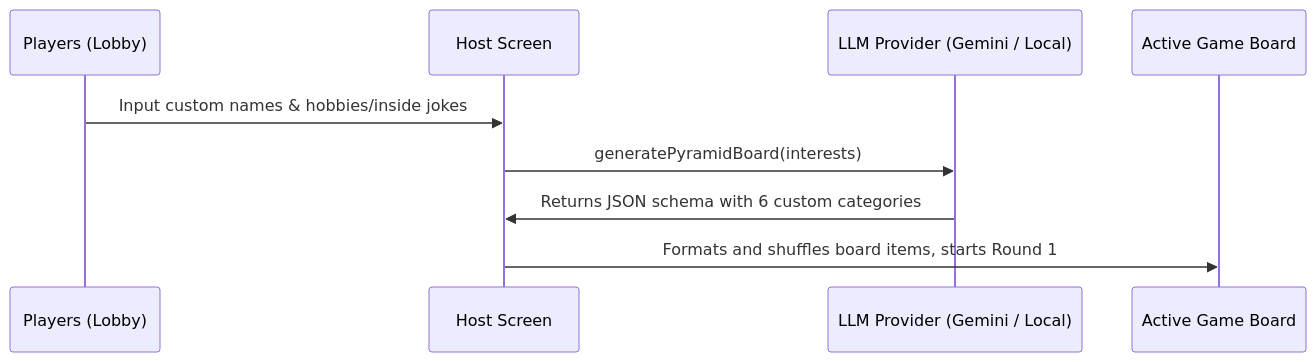
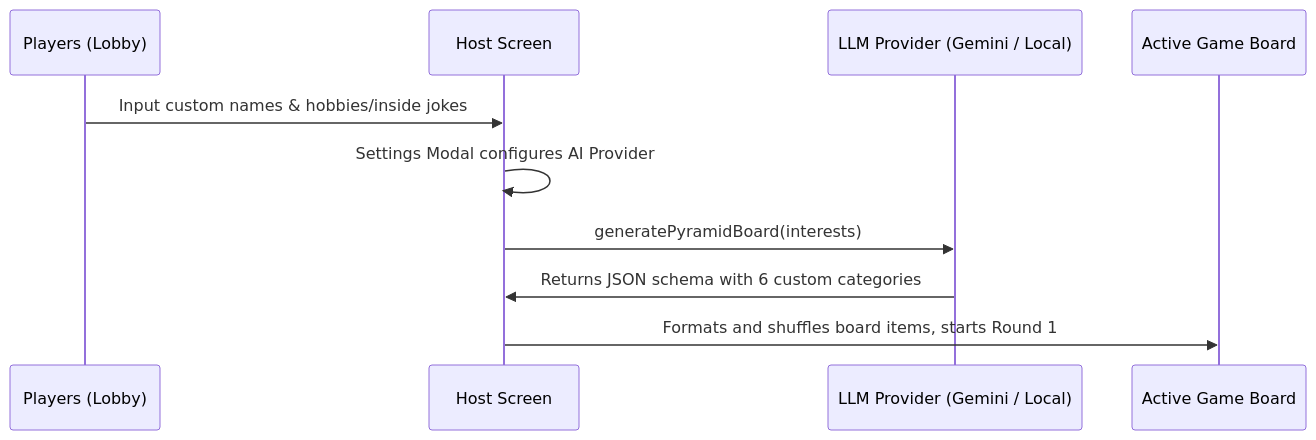
Before and after one commit to jjproductions/pyramid-2026: the diagram in docs/game-modes-and-ai.md, drawn with Mermaid. The commit also changed other lines of this file and 5 other files, not shown here.

````diff
--- a/docs/game-modes-and-ai.md
+++ b/docs/game-modes-and-ai.md
@@ -25,12 +31,13 @@
 ```mermaid
 sequenceDiagram
     participant User as Players (Lobby)
     participant Host as Host Screen
     participant AI as LLM Provider (Gemini / Local)
     participant Game as Active Game Board
 
     User->>Host: Input custom names & hobbies/inside jokes
+    Host->>Host: Settings Modal configures AI Provider
     Host->>AI: generatePyramidBoard(interests)
     AI->>Host: Returns JSON schema with 6 custom categories
     Host->>Game: Formats and shuffles board items, starts Round 1
 ```
````
